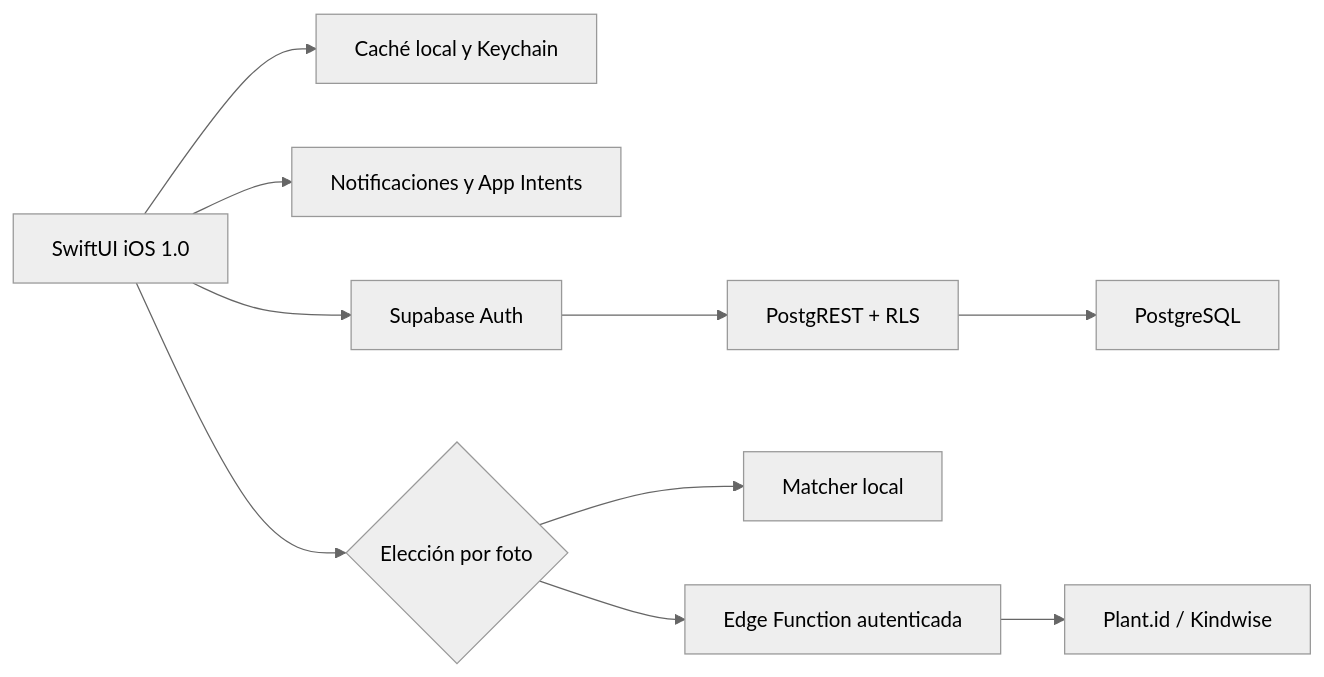
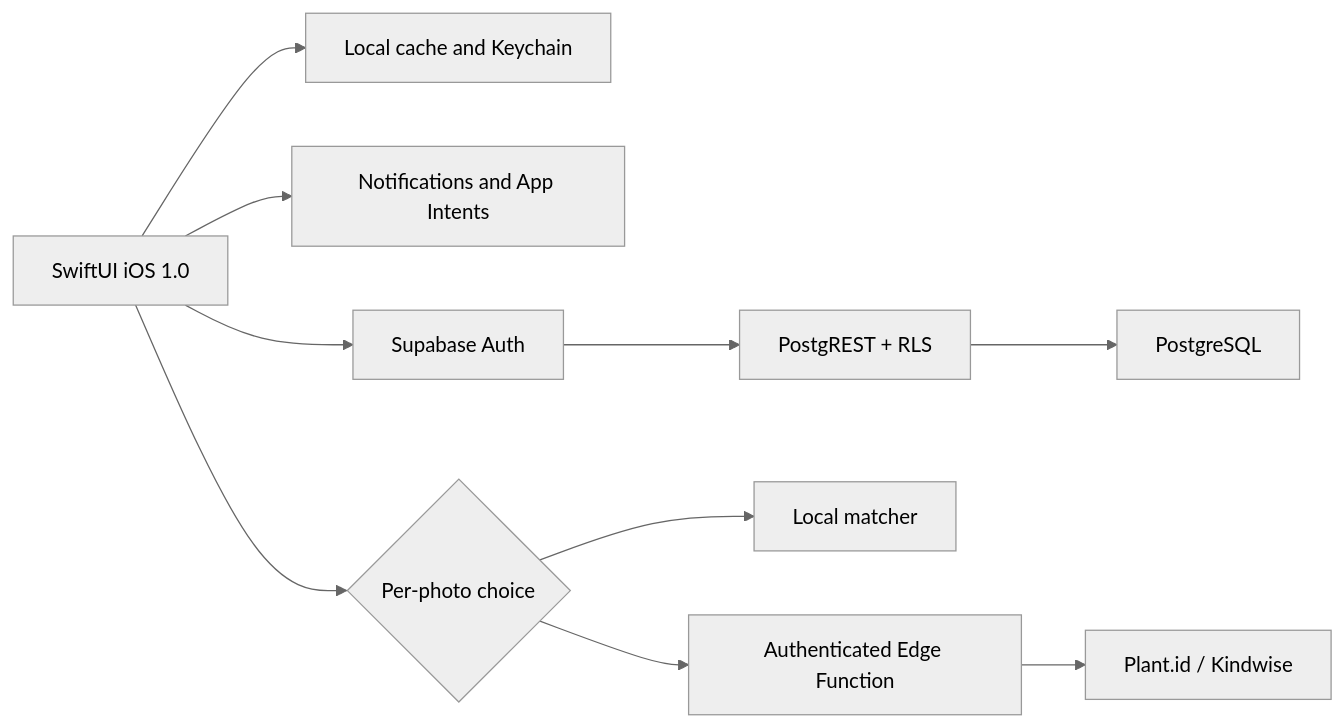
The diagram in README.md (juliosuas/rocio), drawn with Mermaid (neutral theme) before and after one commit. The commit also changed other lines of this file and 23 other files, not shown here.

````diff
--- a/README.md
+++ b/README.md
@@ -62,12 +74,12 @@
 ```mermaid
 flowchart LR
-    UI["SwiftUI iOS 1.0"] --> Cache["Caché local y Keychain"]
-    UI --> Notify["Notificaciones y App Intents"]
+    UI["SwiftUI iOS 1.0"] --> Cache["Local cache and Keychain"]
+    UI --> Notify["Notifications and App Intents"]
     UI --> Auth["Supabase Auth"]
     Auth --> API["PostgREST + RLS"]
     API --> DB["PostgreSQL"]
-    UI --> Choice{"Elección por foto"}
-    Choice --> Local["Matcher local"]
-    Choice --> Edge["Edge Function autenticada"]
+    UI --> Choice{"Per-photo choice"}
+    Choice --> Local["Local matcher"]
+    Choice --> Edge["Authenticated Edge Function"]
     Edge --> PlantID["Plant.id / Kindwise"]
 ```
````
